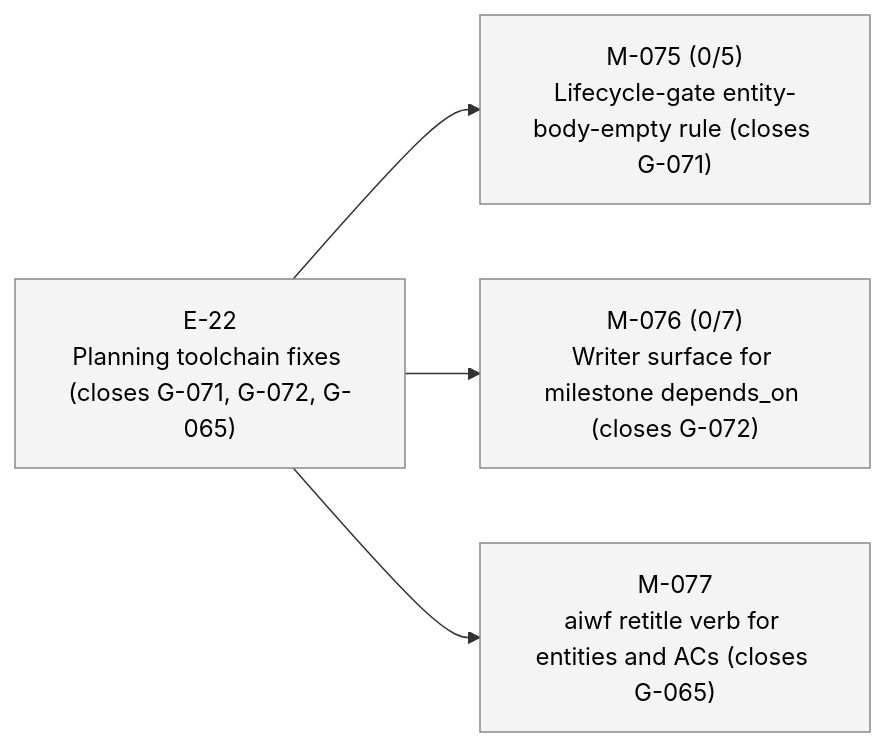
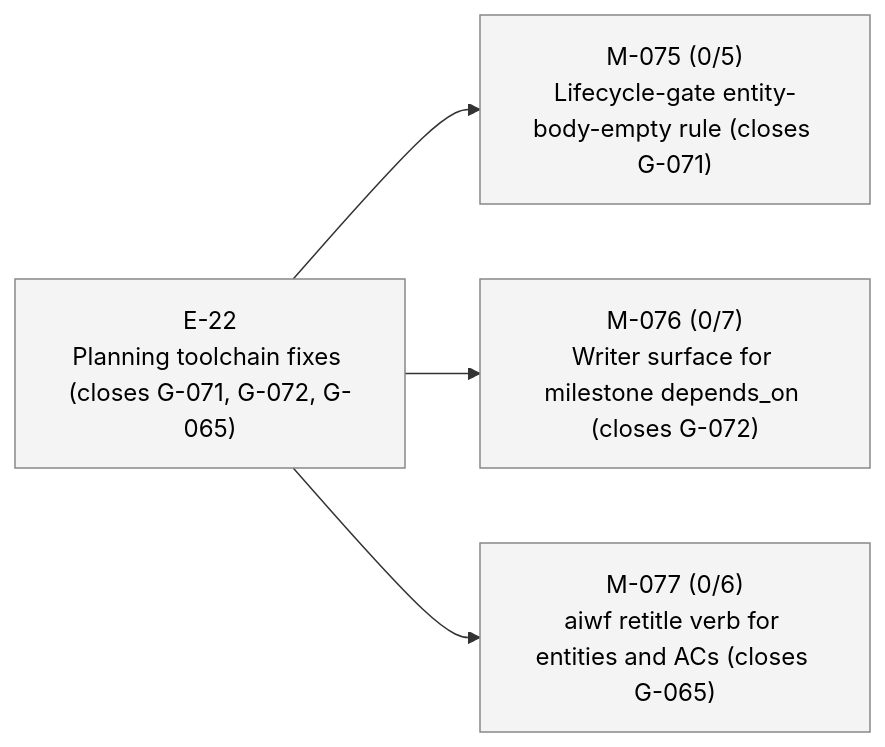
One commit to 23min/aiwf changed the third of 3 diagrams in STATUS.md. Above: the diagram before and after it, drawn with Mermaid. The commit also changed other lines of this file and 1 other file, not shown here.

First line of the commit message:
aiwf add ac M-077 AC-1..AC-6 (6 criteria)

````diff
--- a/STATUS.md
+++ b/STATUS.md
@@ -74,16 +74,16 @@
 ```mermaid
 flowchart LR
   E_22["E-22<br/>Planning toolchain fixes (closes G-071, G-072, G-065)"]:::epic_proposed
   M_075["M-075 (0/5)<br/>Lifecycle-gate entity-body-empty rule (closes G-071)"]:::ms_draft
   E_22 --> M_075
   M_076["M-076 (0/7)<br/>Writer surface for milestone depends_on (closes G-072)"]:::ms_draft
   E_22 --> M_076
-  M_077["M-077<br/>aiwf retitle verb for entities and ACs (closes G-065)"]:::ms_draft
+  M_077["M-077 (0/6)<br/>aiwf retitle verb for entities and ACs (closes G-065)"]:::ms_draft
   E_22 --> M_077
   classDef epic_active fill:#d6eaff,stroke:#1a73e8,color:#000
   classDef epic_proposed fill:#f4f4f4,stroke:#888,color:#000
   classDef ms_done fill:#d8f5d8,stroke:#2a8a2a,color:#000
   classDef ms_in_progress fill:#fff3c4,stroke:#caa400,color:#000
   classDef ms_draft fill:#f4f4f4,stroke:#888,color:#000
   classDef ms_cancelled fill:#fbeaea,stroke:#c33,color:#000
 ```
````
